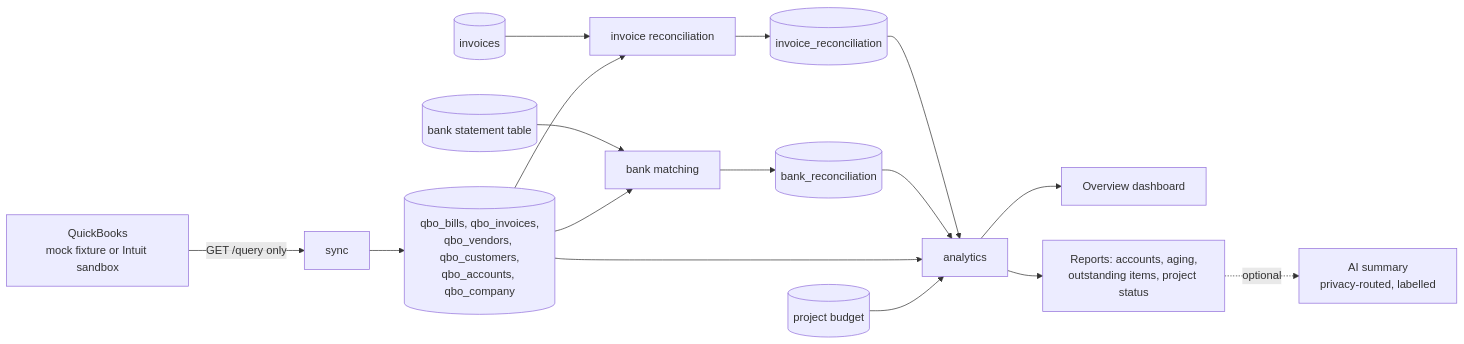
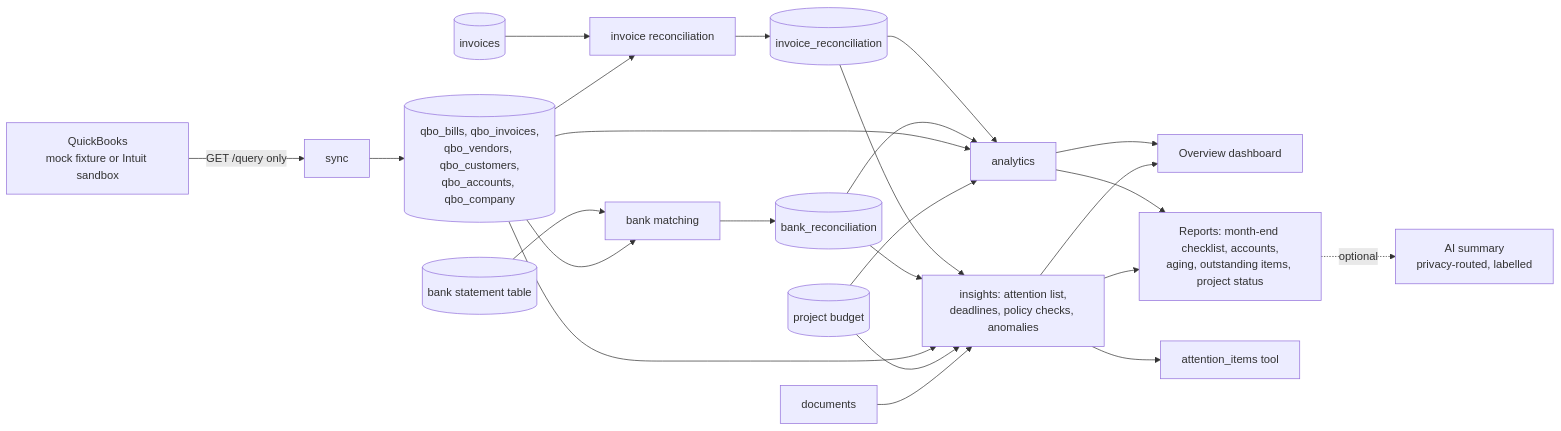
Before and after one commit to GopalGB/rag-analytics-assistant: the sixth of 8 diagrams in docs/ARCHITECTURE.md, drawn with Mermaid. The commit also changed other lines of this file and 23 other files, not shown here.

First line of the commit message:
Add "needs attention" insights, document deadlines, policy checks and handoff guide

````diff
--- a/docs/ARCHITECTURE.md
+++ b/docs/ARCHITECTURE.md
@@ -219,13 +219,17 @@
 ```mermaid
 flowchart LR
     Q[QuickBooks<br/>mock fixture or Intuit sandbox] -->|GET /query only| S[sync]
     S --> QT[(qbo_bills, qbo_invoices,<br/>qbo_vendors, qbo_customers,<br/>qbo_accounts, qbo_company)]
     INV[(invoices)] --> RI[invoice reconciliation]
     QT --> RI --> RT[(invoice_reconciliation)]
     BANK[(bank statement table)] --> RB[bank matching]
     QT --> RB --> BT[(bank_reconciliation)]
     RT & BT & QT & BUD[(project budget)] --> AN[analytics]
     AN --> DASH[Overview dashboard]
-    AN --> REP[Reports: accounts, aging,<br/>outstanding items, project status]
+    AN --> REP[Reports: month-end checklist, accounts,<br/>aging, outstanding items, project status]
+    RT & BT & QT & BUD & DOCS[documents] --> INS[insights: attention list,<br/>deadlines, policy checks, anomalies]
+    INS --> DASH
+    INS --> REP
+    INS --> TOOL[attention_items tool]
     REP -. optional .-> AI[AI summary<br/>privacy-routed, labelled]
 ```
````
